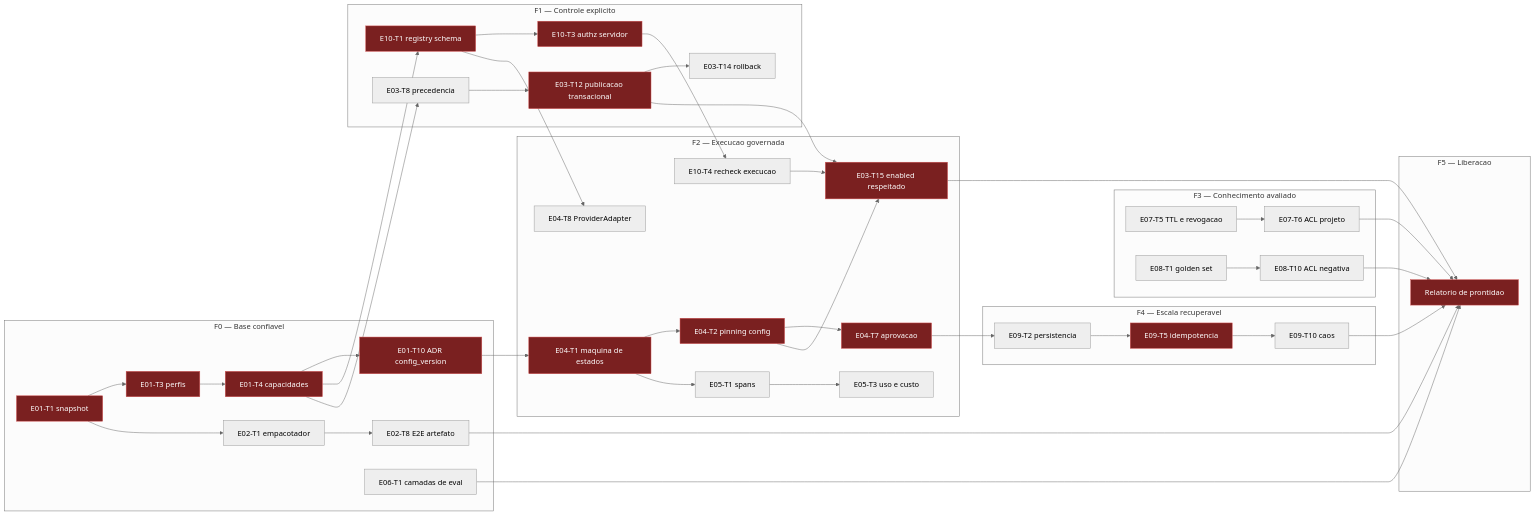
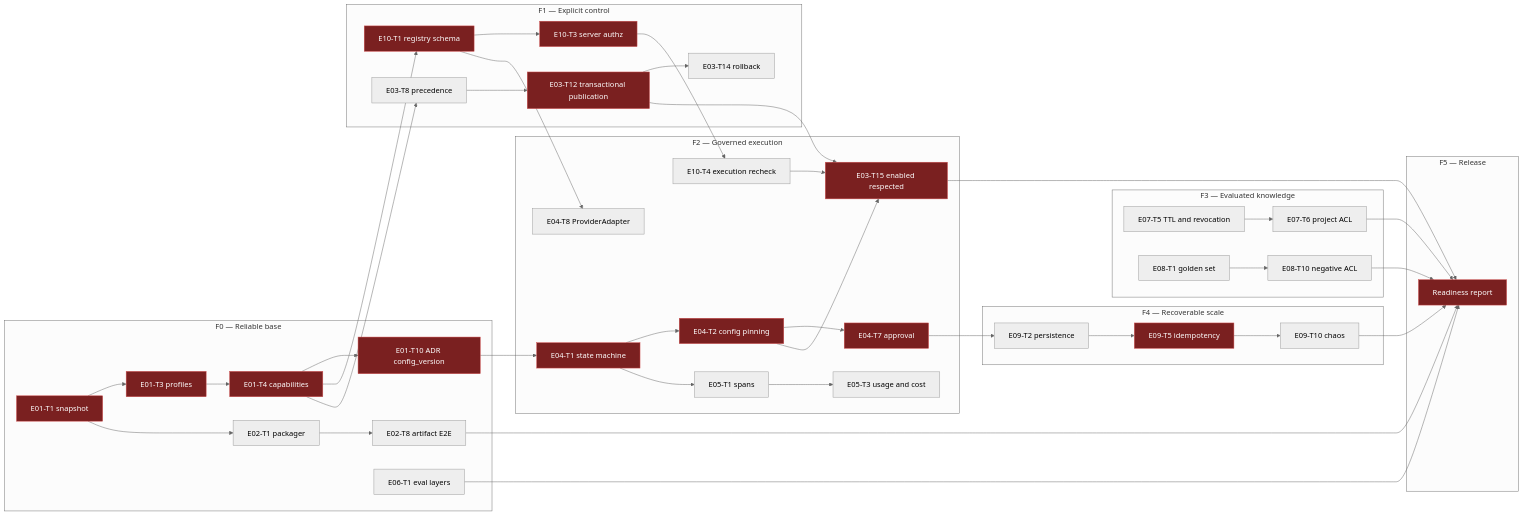
One commit to ricardofagmerspesia/engineos changed the diagram in docs/plan/2.0/02-sequenciamento.md. Above: the diagram before and after it, drawn with Mermaid (neutral theme). The commit also changed other lines of this file and 2 other files, not shown here.

````diff
--- a/docs/plan/2.0/02-sequenciamento.md
+++ b/docs/plan/2.0/02-sequenciamento.md
@@ -21,65 +21,65 @@
 ```mermaid
 graph LR
-  subgraph F0["F0 — Base confiavel"]
+  subgraph F0["F0 — Reliable base"]
     T1[E01-T1 snapshot]:::crit
-    T3[E01-T3 perfis]:::crit
-    T4[E01-T4 capacidades]:::crit
+    T3[E01-T3 profiles]:::crit
+    T4[E01-T4 capabilities]:::crit
     T10[E01-T10 ADR config_version]:::crit
-    P1[E02-T1 empacotador]
-    P8[E02-T8 E2E artefato]
-    V1[E06-T1 camadas de eval]
+    P1[E02-T1 packager]
+    P8[E02-T8 artifact E2E]
+    V1[E06-T1 eval layers]
   end
-  subgraph F1["F1 — Controle explicito"]
+  subgraph F1["F1 — Explicit control"]
     R1[E10-T1 registry schema]:::crit
-    R3[E10-T3 authz servidor]:::crit
-    C8[E03-T8 precedencia]
-    C12[E03-T12 publicacao transacional]:::crit
+    R3[E10-T3 server authz]:::crit
+    C8[E03-T8 precedence]
+    C12[E03-T12 transactional publication]:::crit
     C14[E03-T14 rollback]
   end
-  subgraph F2["F2 — Execucao governada"]
-    N1[E04-T1 maquina de estados]:::crit
-    N2[E04-T2 pinning config]:::crit
-    N7[E04-T7 aprovacao]:::crit
+  subgraph F2["F2 — Governed execution"]
+    N1[E04-T1 state machine]:::crit
+    N2[E04-T2 config pinning]:::crit
+    N7[E04-T7 approval]:::crit
     N8[E04-T8 ProviderAdapter]
     O1[E05-T1 spans]
-    O3[E05-T3 uso e custo]
-    R4[E10-T4 recheck execucao]
-    C15[E03-T15 enabled respeitado]:::crit
+    O3[E05-T3 usage and cost]
+    R4[E10-T4 execution recheck]
+    C15[E03-T15 enabled respected]:::crit
   end
-  subgraph F3["F3 — Conhecimento avaliado"]
-    M5[E07-T5 TTL e revogacao]
-    M6[E07-T6 ACL projeto]
+  subgraph F3["F3 — Evaluated knowledge"]
+    M5[E07-T5 TTL and revocation]
+    M6[E07-T6 project ACL]
     G1[E08-T1 golden set]
-    G10[E08-T10 ACL negativa]
+    G10[E08-T10 negative ACL]
   end
-  subgraph F4["F4 — Escala recuperavel"]
-    Q2[E09-T2 persistencia]
-    Q5[E09-T5 idempotencia]:::crit
-    Q10[E09-T10 caos]
+  subgraph F4["F4 — Recoverable scale"]
+    Q2[E09-T2 persistence]
+    Q5[E09-T5 idempotency]:::crit
+    Q10[E09-T10 chaos]
   end
-  subgraph F5["F5 — Liberacao"]
-    L[Relatorio de prontidao]:::crit
+  subgraph F5["F5 — Release"]
+    L[Readiness report]:::crit
   end
 
   T1 --> T3 --> T4 --> T10
   T1 --> P1 --> P8
   T4 --> R1 --> R3
   T4 --> C8 --> C12 --> C14
   T10 --> N1 --> N2 --> N7
   R1 --> N8
   N1 --> O1 --> O3
   R3 --> R4 --> C15
   N2 --> C15
   C12 --> C15
   M5 --> M6
   G1 --> G10
   N7 --> Q2 --> Q5 --> Q10
   M6 --> L
   G10 --> L
   Q10 --> L
   C15 --> L
   P8 --> L
   V1 --> L
 
   classDef crit fill:#7a2020,stroke:#d05050,color:#fff;
 ```
````
